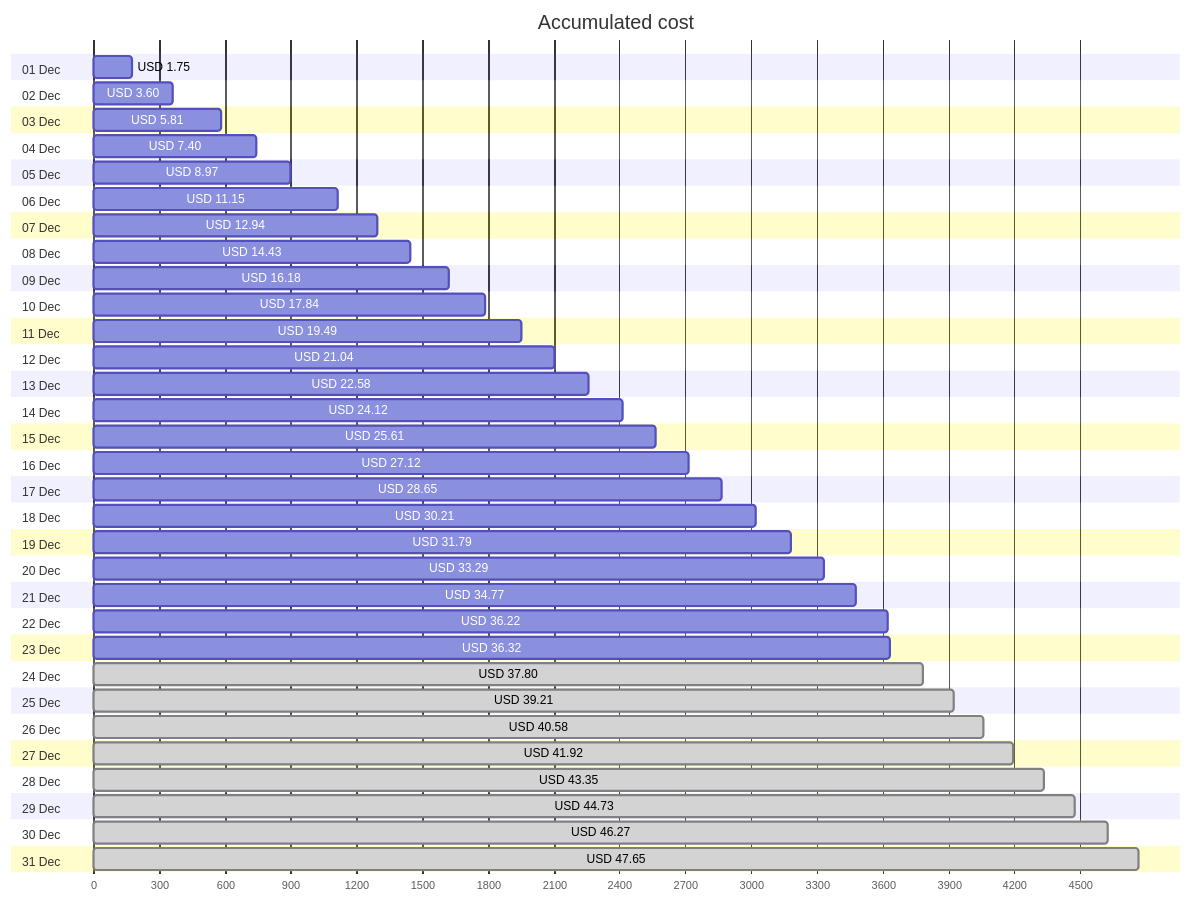
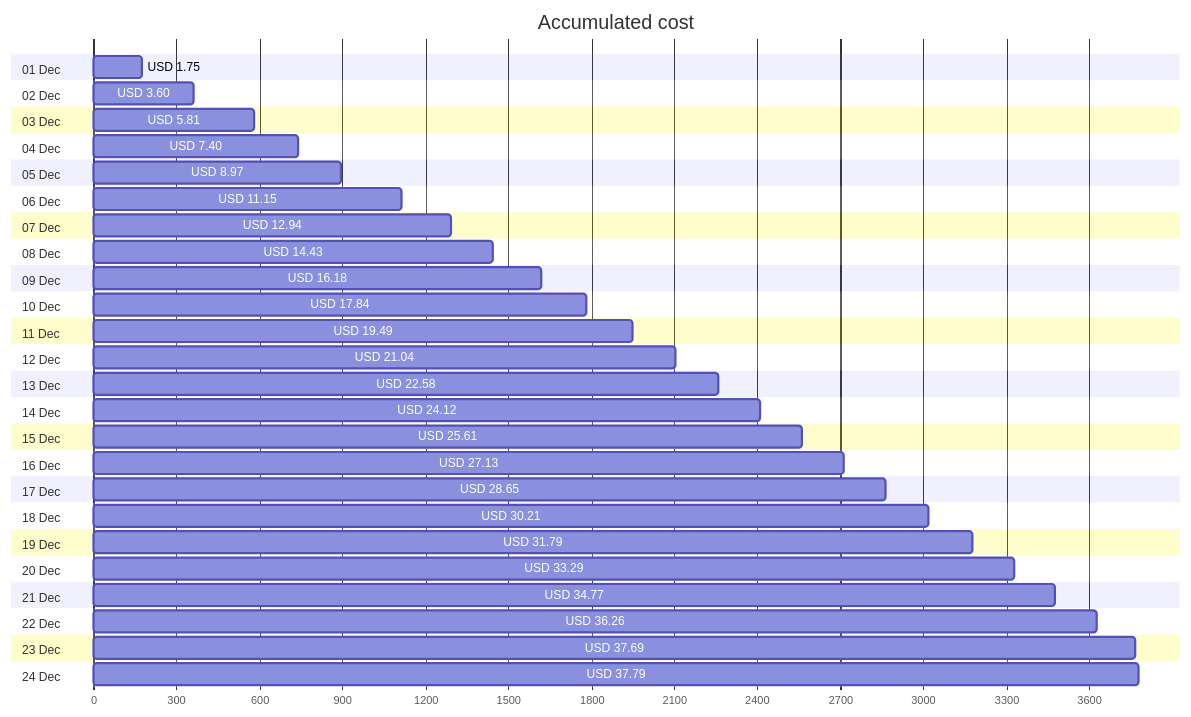
Before and after one commit to jpfulton/azure-personal-reports: the first of 4 diagrams in cost-reports/personal-network/README.md, drawn with Mermaid. The commit also changed other lines of this file and 8 other files, not shown here.

````diff
--- a/cost-reports/personal-network/README.md
+++ b/cost-reports/personal-network/README.md
@@ -20,68 +20,54 @@
 ```mermaid
 gantt
    title Accumulated cost
    dateFormat  X
    axisFormat %s
    section 01 Dec
    USD 1.75 :0, 175
    section 02 Dec
    USD 3.60 :0, 360
    section 03 Dec
    USD 5.81 :0, 581
    section 04 Dec
    USD 7.40 :0, 740
    section 05 Dec
    USD 8.97 :0, 897
    section 06 Dec
    USD 11.15 :0, 1115
    section 07 Dec
    USD 12.94 :0, 1294
    section 08 Dec
    USD 14.43 :0, 1443
    section 09 Dec
    USD 16.18 :0, 1618
    section 10 Dec
    USD 17.84 :0, 1784
    section 11 Dec
    USD 19.49 :0, 1949
    section 12 Dec
    USD 21.04 :0, 2104
    section 13 Dec
    USD 22.58 :0, 2258
    section 14 Dec
    USD 24.12 :0, 2412
    section 15 Dec
    USD 25.61 :0, 2561
    section 16 Dec
-   USD 27.12 :0, 2712
+   USD 27.13 :0, 2713
    section 17 Dec
    USD 28.65 :0, 2865
    section 18 Dec
    USD 30.21 :0, 3021
    section 19 Dec
    USD 31.79 :0, 3179
    section 20 Dec
    USD 33.29 :0, 3329
    section 21 Dec
    USD 34.77 :0, 3477
    section 22 Dec
-   USD 36.22 :0, 3622
+   USD 36.26 :0, 3626
    section 23 Dec
-   USD 36.32 :0, 3632
+   USD 37.69 :0, 3769
    section 24 Dec
-   USD 37.80 : done, 0, 3780
-   section 25 Dec
-   USD 39.21 : done, 0, 3921
-   section 26 Dec
-   USD 40.58 : done, 0, 4058
-   section 27 Dec
-   USD 41.92 : done, 0, 4192
-   section 28 Dec
-   USD 43.35 : done, 0, 4335
-   section 29 Dec
-   USD 44.73 : done, 0, 4473
-   section 30 Dec
-   USD 46.27 : done, 0, 4627
-   section 31 Dec
-   USD 47.65 : done, 0, 4765
+   USD 37.79 :0, 3779
 ```
````
